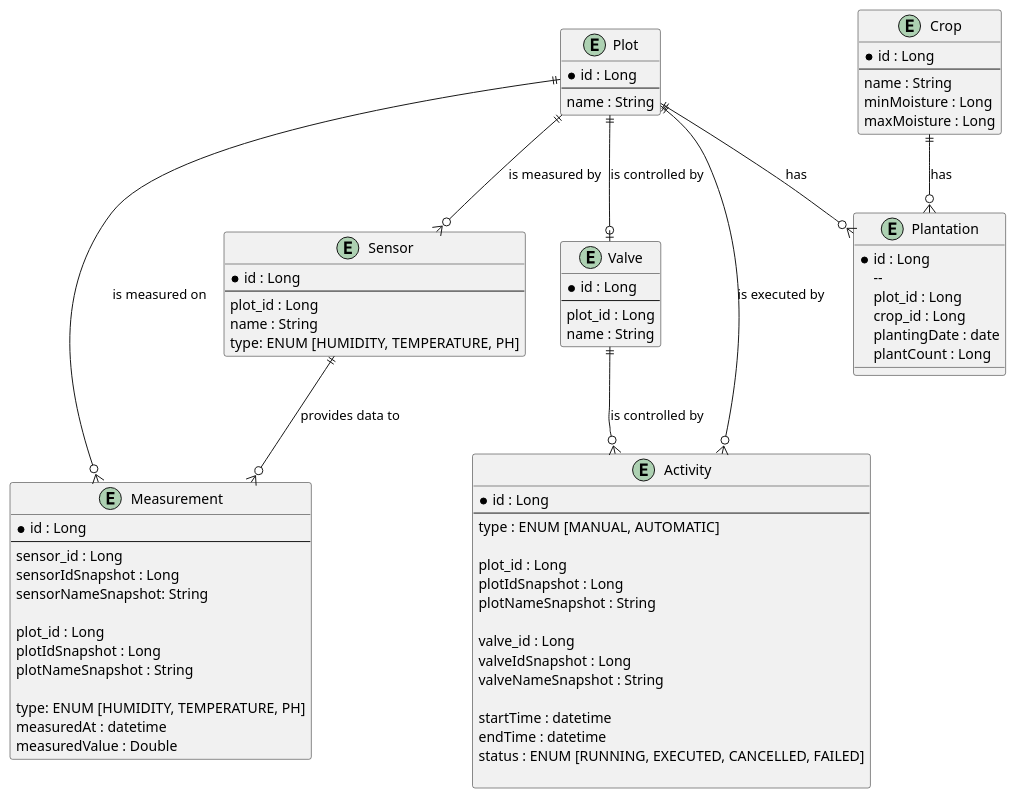
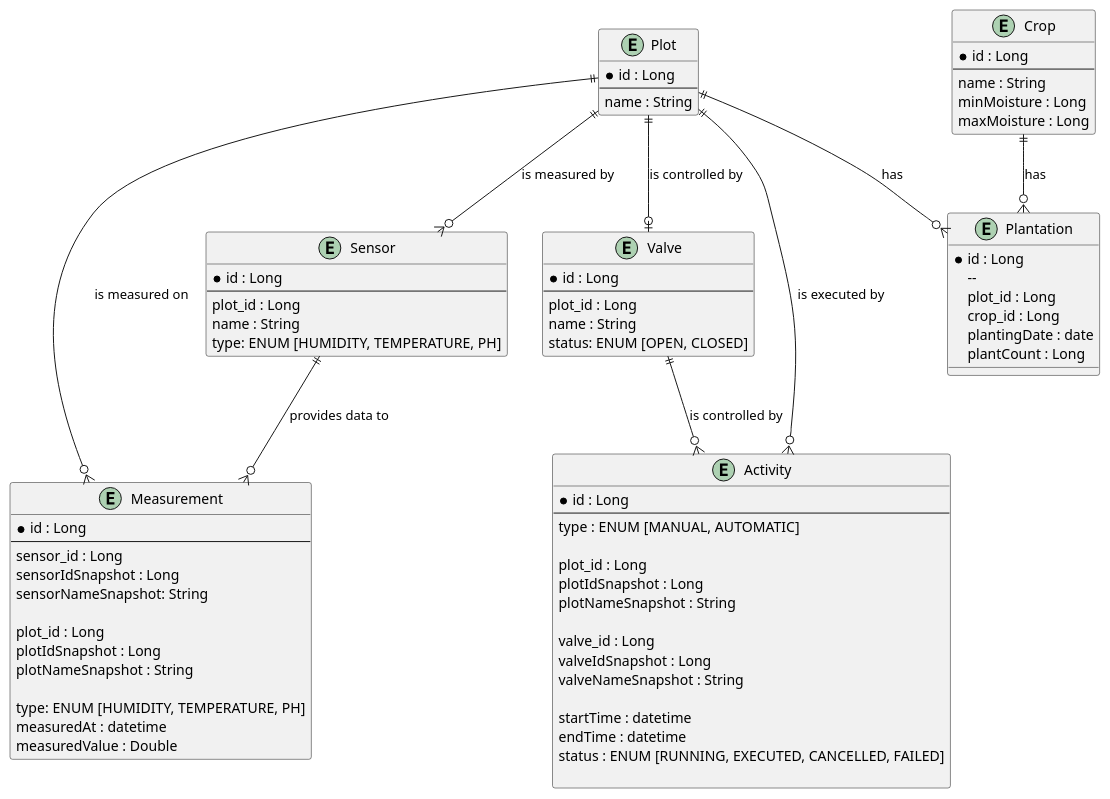
The diagram in docs/diagrams/er-model.puml (franebebic/Irrigation), drawn with PlantUML before and after one commit. The commit also changed 18 other files, not shown here.

```diff
--- a/docs/diagrams/er-model.puml
+++ b/docs/diagrams/er-model.puml
@@ -1,88 +1,89 @@
 @startuml
 
 entity "Plot" {
   * id : Long
   --
   name : String
 }
 
 entity "Crop" {
   * id : Long
   --
   name : String
   minMoisture : Long
   maxMoisture : Long
 }
 
 entity "Plantation" {
  * id : Long
   --
   plot_id : Long
   crop_id : Long
   plantingDate : date
   plantCount : Long
 }
 
 entity "Sensor" {
   * id : Long
   --
   plot_id : Long
   name : String
   type: ENUM [HUMIDITY, TEMPERATURE, PH]
 }
 
 entity "Valve" {
   * id : Long
   --
   plot_id : Long
   name : String
+  status: ENUM [OPEN, CLOSED]
 }
 
 entity "Measurement" {
   * id : Long
   --
   sensor_id : Long
   sensorIdSnapshot : Long
   sensorNameSnapshot: String
 
   plot_id : Long
   plotIdSnapshot : Long
   plotNameSnapshot : String
 
   type: ENUM [HUMIDITY, TEMPERATURE, PH]
   measuredAt : datetime
   measuredValue : Double
 }
 
 entity "Activity" {
   * id : Long
   --
   type : ENUM [MANUAL, AUTOMATIC]
 
   plot_id : Long
   plotIdSnapshot : Long
   plotNameSnapshot : String
 
   valve_id : Long
   valveIdSnapshot : Long
   valveNameSnapshot : String
 
   startTime : datetime
   endTime : datetime
   status : ENUM [RUNNING, EXECUTED, CANCELLED, FAILED]
 
 }
 
 Plot ||--o{ Activity: is executed by
 Valve ||--o{ Activity: is controlled by
 
 Crop ||--o{ Plantation: has
 Plot ||--o{ Plantation: has
 
 Plot ||--o{ Sensor :is measured by
 Plot ||--o| Valve : is controlled by
 
 Plot ||--o{Measurement : is measured on
 Sensor ||--o{Measurement: provides data to
 
 @enduml
```
